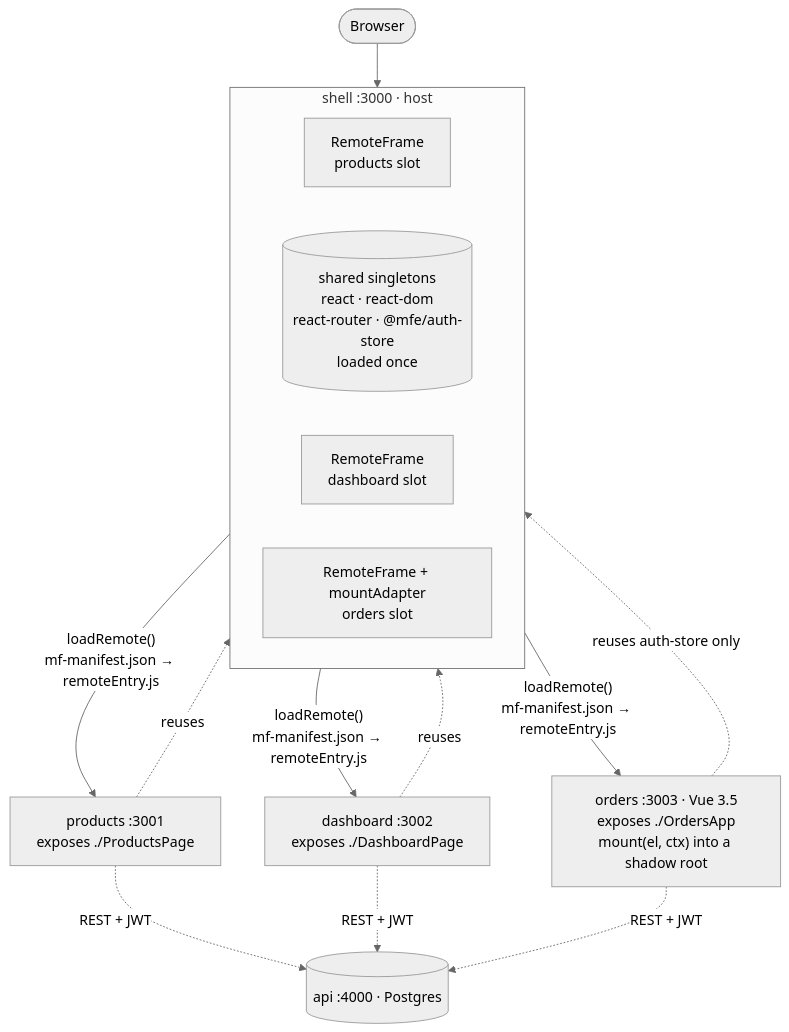
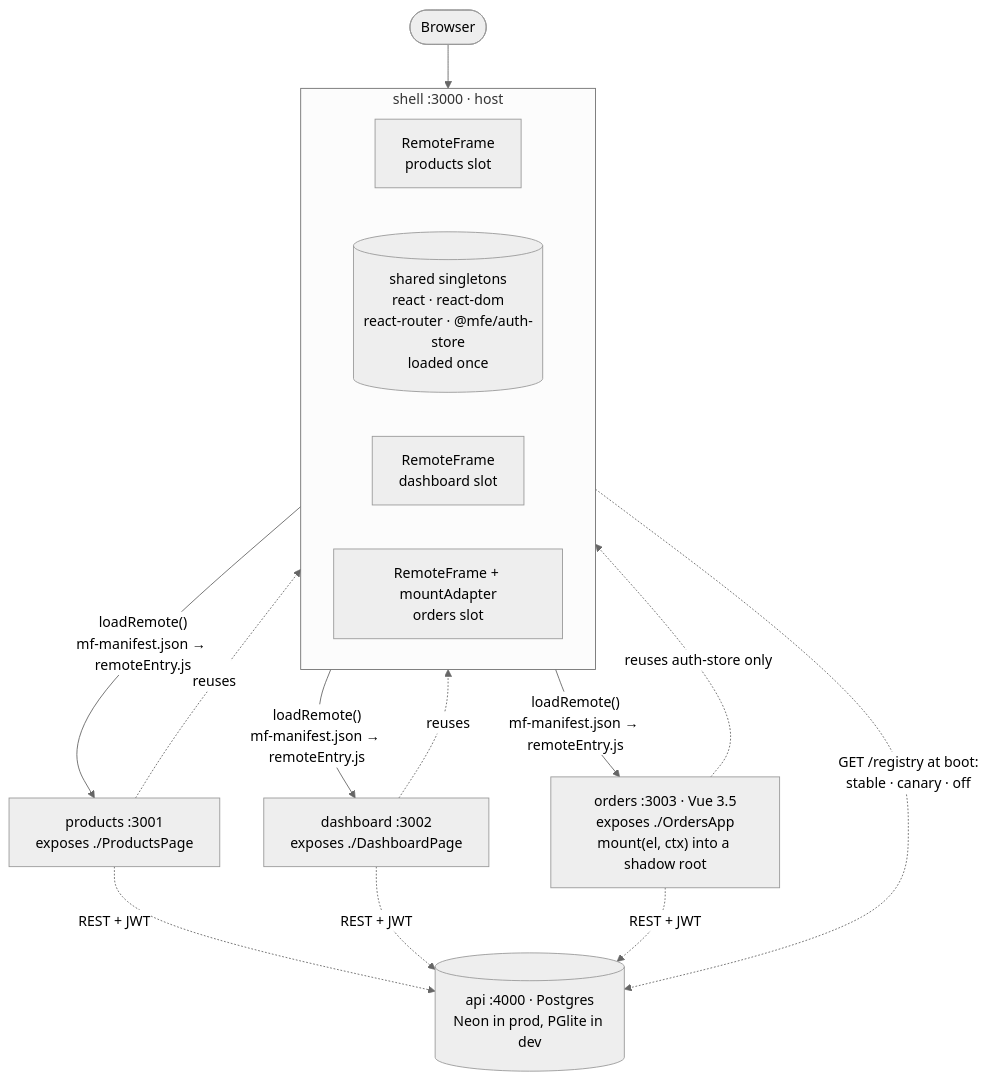
The first of 4 diagrams in docs/architecture.md (sotream/mfe-lab), drawn with Mermaid (neutral theme) before and after one commit. The commit also changed 3 other files, not shown here.

Commit message:
docs: redraw the architecture diagram with the Vue remote, registry and Postgres (#68)

````diff
--- a/docs/architecture.md
+++ b/docs/architecture.md
@@ -5,20 +5,21 @@
 ```mermaid
 flowchart TB
   B([Browser]) --> S
 
   subgraph S["shell :3000 · host"]
     direction LR
     FP["RemoteFrame<br/>products slot"]
     SH[("shared singletons<br/>react · react-dom<br/>react-router · @mfe/auth-store<br/>loaded once")]
     FD["RemoteFrame<br/>dashboard slot"]
     FO["RemoteFrame + mountAdapter<br/>orders slot"]
   end
 
   FP -- "loadRemote()<br/>mf-manifest.json → remoteEntry.js" --> P["products :3001<br/>exposes ./ProductsPage"]
   FD -- "loadRemote()<br/>mf-manifest.json → remoteEntry.js" --> D["dashboard :3002<br/>exposes ./DashboardPage"]
   FO -- "loadRemote()<br/>mf-manifest.json → remoteEntry.js" --> O["orders :3003 · Vue 3.5<br/>exposes ./OrdersApp<br/>mount(el, ctx) into a shadow root"]
   P -. "reuses" .-> SH
   D -. "reuses" .-> SH
   O -. "reuses auth-store only" .-> SH
-  P & D & O -. "REST + JWT" .-> A[("api :4000 · Postgres")]
+  S -. "GET /registry at boot:<br/>stable · canary · off" .-> A
+  P & D & O -. "REST + JWT" .-> A[("api :4000 · Postgres<br/>Neon in prod, PGlite in dev")]
 ```
````
